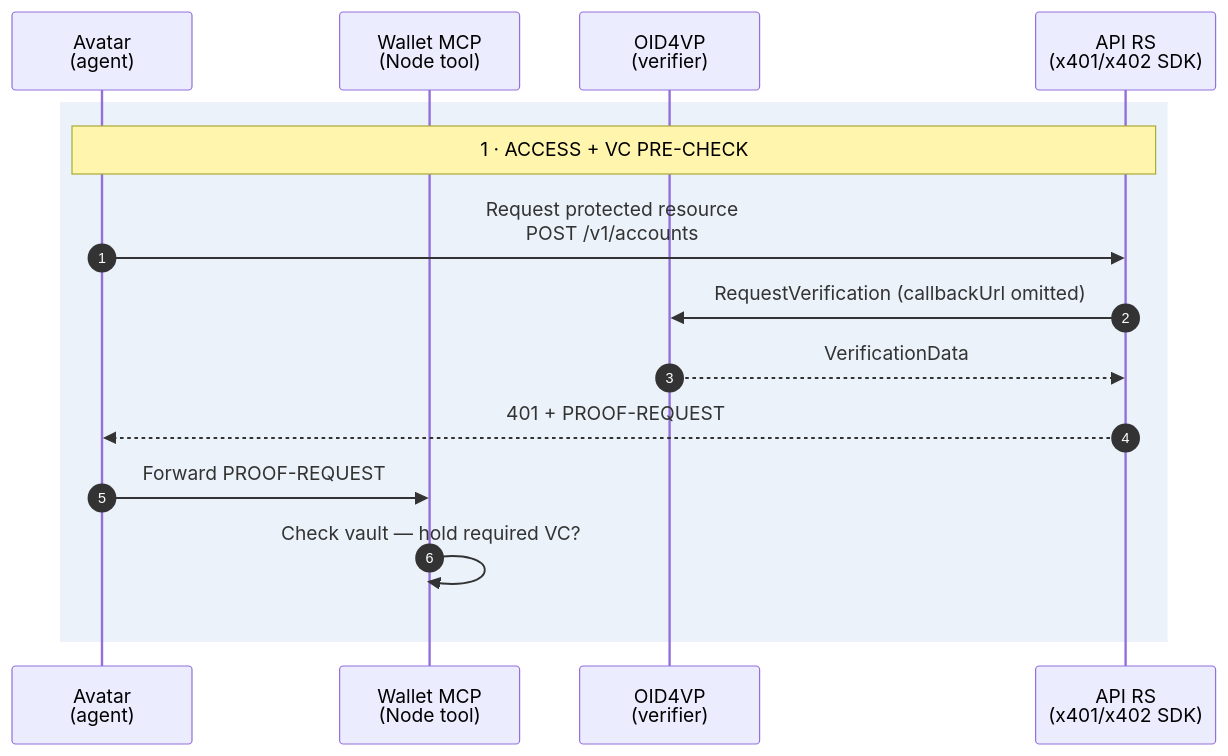
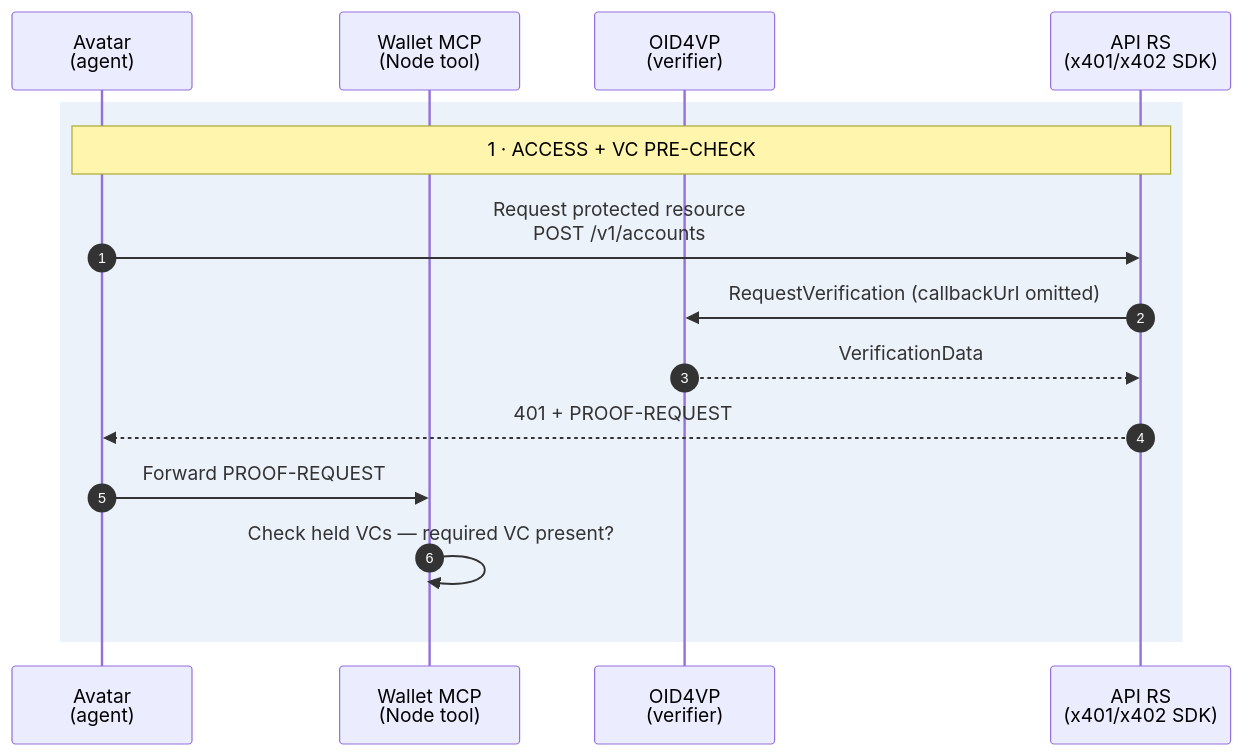
The first of 4 diagrams in developer-resources/agentic-wallet/protocol-flow/poc-payment-architecture.md (Maslan501/zetrix-doc), drawn with Mermaid before and after one commit. The commit also changed other lines of this file and 15 other files, not shown here.

````diff
--- a/developer-resources/agentic-wallet/protocol-flow/poc-payment-architecture.md
+++ b/developer-resources/agentic-wallet/protocol-flow/poc-payment-architecture.md
@@ -92,17 +92,17 @@
 ```mermaid
 sequenceDiagram
     autonumber
     participant AV as Avatar<br/>(agent)
     participant WMCP as Wallet MCP<br/>(Node tool)
     participant OID as OID4VP<br/>(verifier)
     participant API as API RS<br/>(x401/x402 SDK)
     rect rgb(235,242,250)
     Note over AV,API: 1 · ACCESS + VC PRE-CHECK
     AV->>API: Request protected resource<br/>POST /v1/accounts
     API->>OID: RequestVerification (callbackUrl omitted)
     OID-->>API: VerificationData
     API-->>AV: 401 + PROOF-REQUEST
     AV->>WMCP: Forward PROOF-REQUEST
-    WMCP->>WMCP: Check vault — hold required VC?
+    WMCP->>WMCP: Check held VCs — required VC present?
     end
 ```
````
